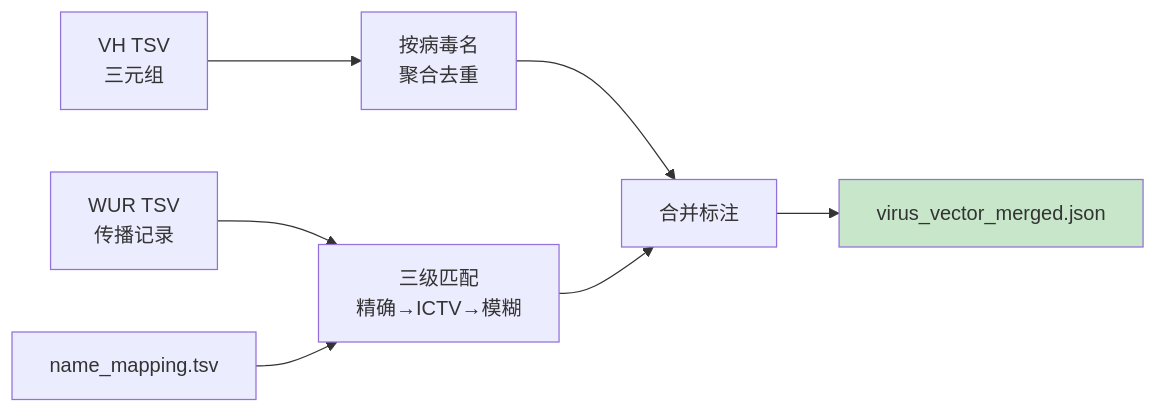
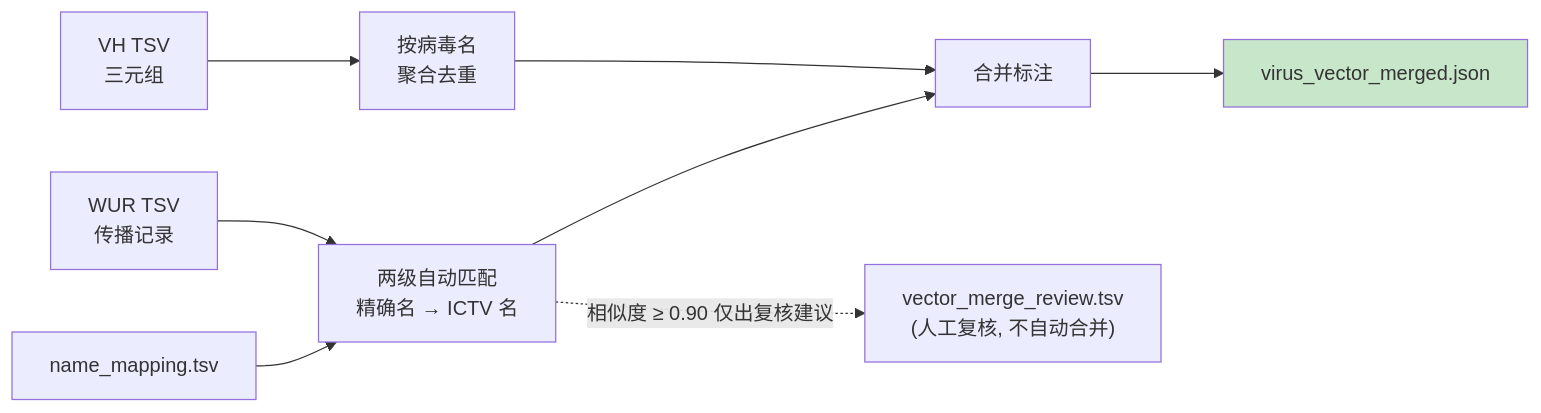
One commit to zhangwenda0518/plant_virus_db_pipeline changed the second of 2 diagrams in 8.plant-insect/README.md. Above: the diagram before and after it, drawn with Mermaid. The commit also changed other lines of this file and 18 other files, not shown here.

First line of the commit message:
fix(host+insect): 图题造假/口径污染/数字虚高全修（体检 P2）

````diff
--- a/8.plant-insect/README.md
+++ b/8.plant-insect/README.md
@@ -76,11 +84,12 @@
 ```mermaid
 flowchart LR
     VH_TSV["VH TSV<br/>三元组"] --> AGG["按病毒名<br/>聚合去重"]
-    WUR_TSV["WUR TSV<br/>传播记录"] --> MATCH["三级匹配<br/>精确→ICTV→模糊"]
+    WUR_TSV["WUR TSV<br/>传播记录"] --> MATCH["两级自动匹配<br/>精确名 → ICTV 名"]
     MAP["name_mapping.tsv"] --> MATCH
     AGG --> MERGE["合并标注"]
     MATCH --> MERGE
+    MATCH -. "相似度 ≥ 0.90 仅出复核建议" .-> REVIEW["vector_merge_review.tsv<br/>(人工复核, 不自动合并)"]
     MERGE --> OUT["virus_vector_merged.json"]
 
     style OUT fill:#c8e6c9
 ```
````
